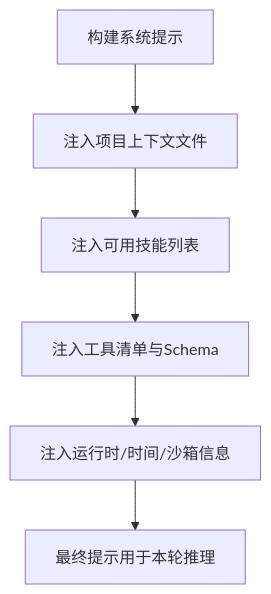
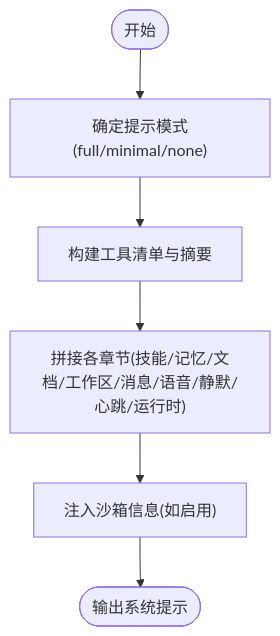
Before and after one commit to HACK-WU/openclaw: the fourth of 11 diagrams in .qoder/repowiki/zh/content/AI代理系统/AI代理系统.md, drawn with Mermaid. The commit also changed other lines of this file and 549 other files, not shown here.

````diff
--- a/.qoder/repowiki/zh/content/AI代理系统/AI代理系统.md
+++ b/.qoder/repowiki/zh/content/AI代理系统/AI代理系统.md
@@ -192,8 +188,8 @@
 ```mermaid
 flowchart TD
-SP["构建系统提示"] --> Inject["注入项目上下文文件"]
-Inject --> Skills["注入可用技能列表"]
-Skills --> Tools["注入工具清单与Schema"]
-Tools --> Runtime["注入运行时/时间/沙箱信息"]
-Runtime --> Finalize["最终提示用于本轮推理"]
+Start(["开始"]) --> Mode["确定提示模式(full/minimal/none)"]
+Mode --> Tools["构建工具清单与摘要"]
+Tools --> Sections["拼接各章节(技能/记忆/文档/工作区/消息/语音/静默/心跳/运行时)"]
+Sections --> Sandbox["注入沙箱信息(如启用)"]
+Sandbox --> Output(["输出系统提示"])
 ```
````
